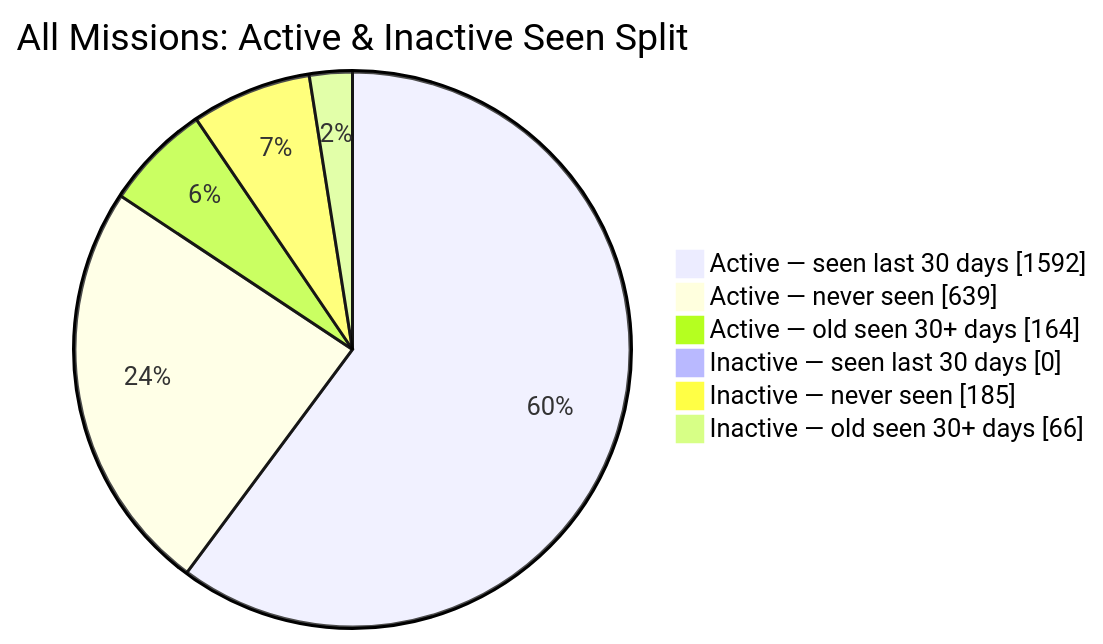
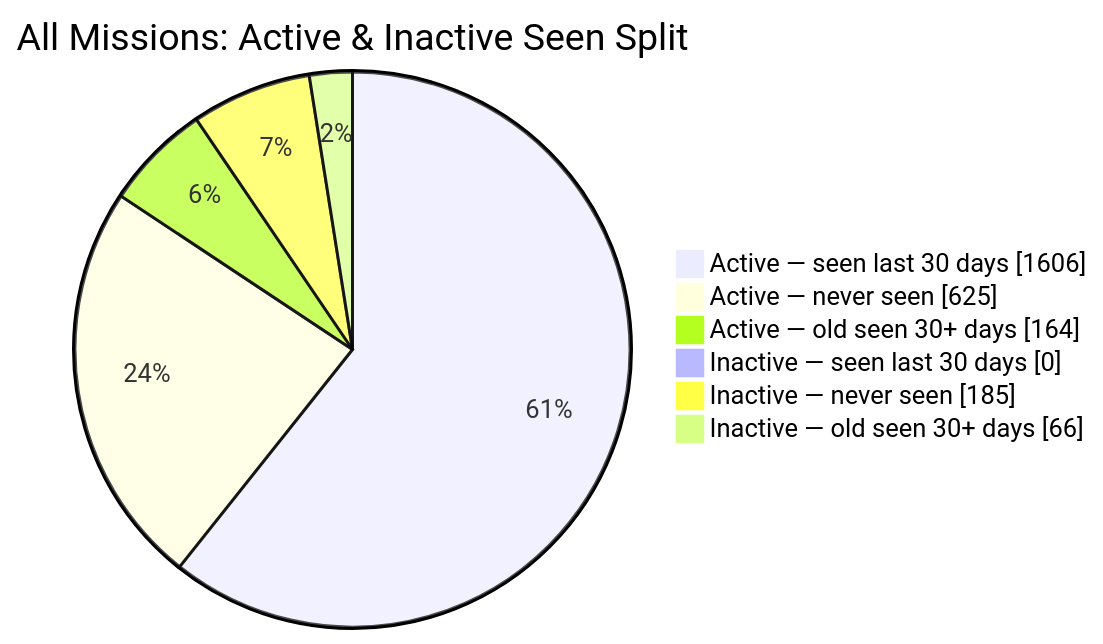
Before and after one commit to MeldkamerspelGameTeam/active-missions: the second of 2 diagrams in README.md, drawn with Mermaid. The commit also changed other lines of this file and 3 other files, not shown here.

````diff
--- a/README.md
+++ b/README.md
@@ -44,10 +44,10 @@
 ```mermaid
 pie showData
     title All Missions: Active & Inactive Seen Split
-    "Active — seen last 30 days" : 1592
-    "Active — never seen" : 639
+    "Active — seen last 30 days" : 1606
+    "Active — never seen" : 625
     "Active — old seen 30+ days" : 164
     "Inactive — seen last 30 days" : 0
     "Inactive — never seen" : 185
     "Inactive — old seen 30+ days" : 66
 ```
````
